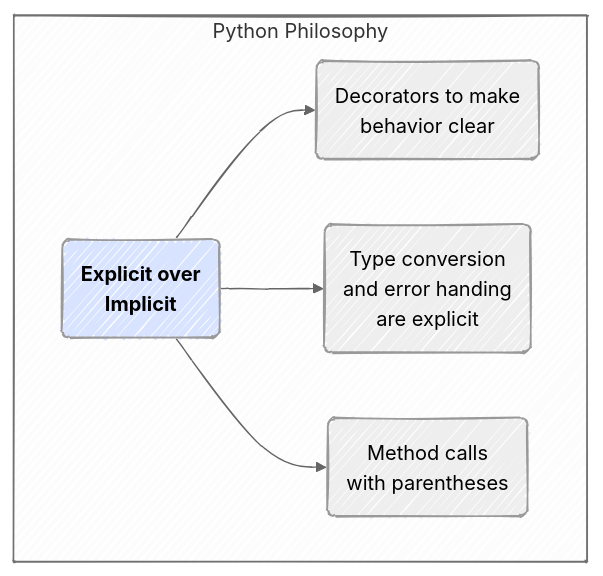
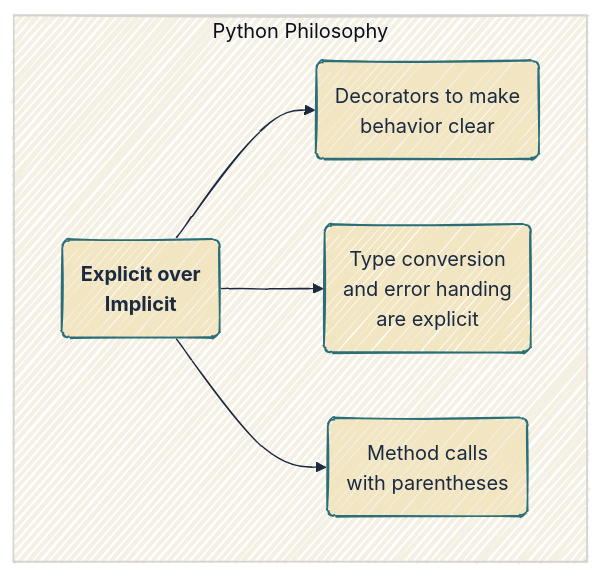
Before and after one commit to mjfrigaard/do4ds-labs: the sixth of 7 diagrams in py-app-api.qmd, drawn with Mermaid. The commit also changed other lines of this file and 88 other files, not shown here.

````diff
--- a/py-app-api.qmd
+++ b/py-app-api.qmd
@@ -846,13 +843,13 @@
 ```{mermaid}
-%%{init: {'theme': 'neutral', 'look': 'handDrawn', 'themeVariables': { 'fontFamily': 'monospace'}}}%%
+%%{init: {'theme': 'base', 'look': 'handDrawn', 'themeVariables': { 'fontFamily': 'monospace', 'primaryColor': '#F2E6C2', 'primaryBorderColor': '#2A6F77', 'primaryTextColor': '#1B2A41', 'secondaryColor': '#d4e7e4', 'tertiaryColor': '#f5f0e4', 'lineColor': '#1B2A41', 'edgeLabelBackground': '#F2E6C2'}}}%%
 
 graph TB
     subgraph Py["Python Philosophy"]
         A("<strong>Explicit over<br>Implicit</strong>") --> A1("Decorators to make<br>behavior clear")
         A --> A2("Type conversion<br>and error handing<br>are explicit")
         A --> A4("Method calls<br>with parentheses")
     end
     
-    style A fill:#d8e4ff,color:#000,font-size:16px
+    style A font-size:16px
     
 ```
````
